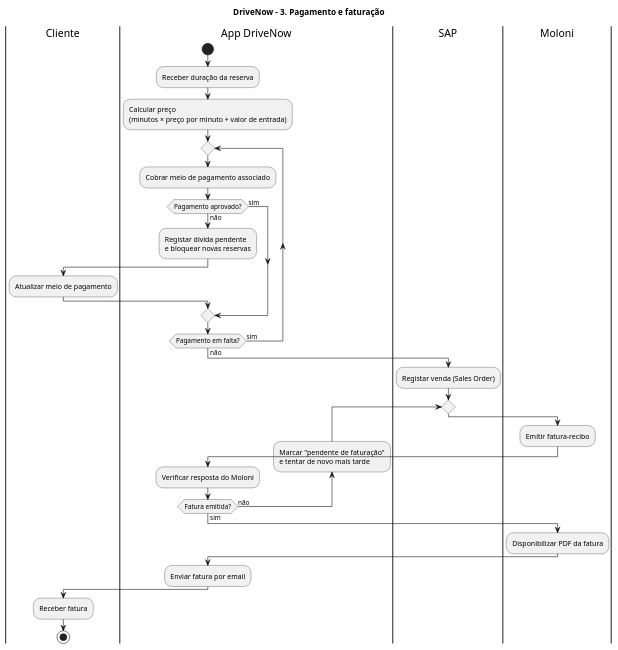
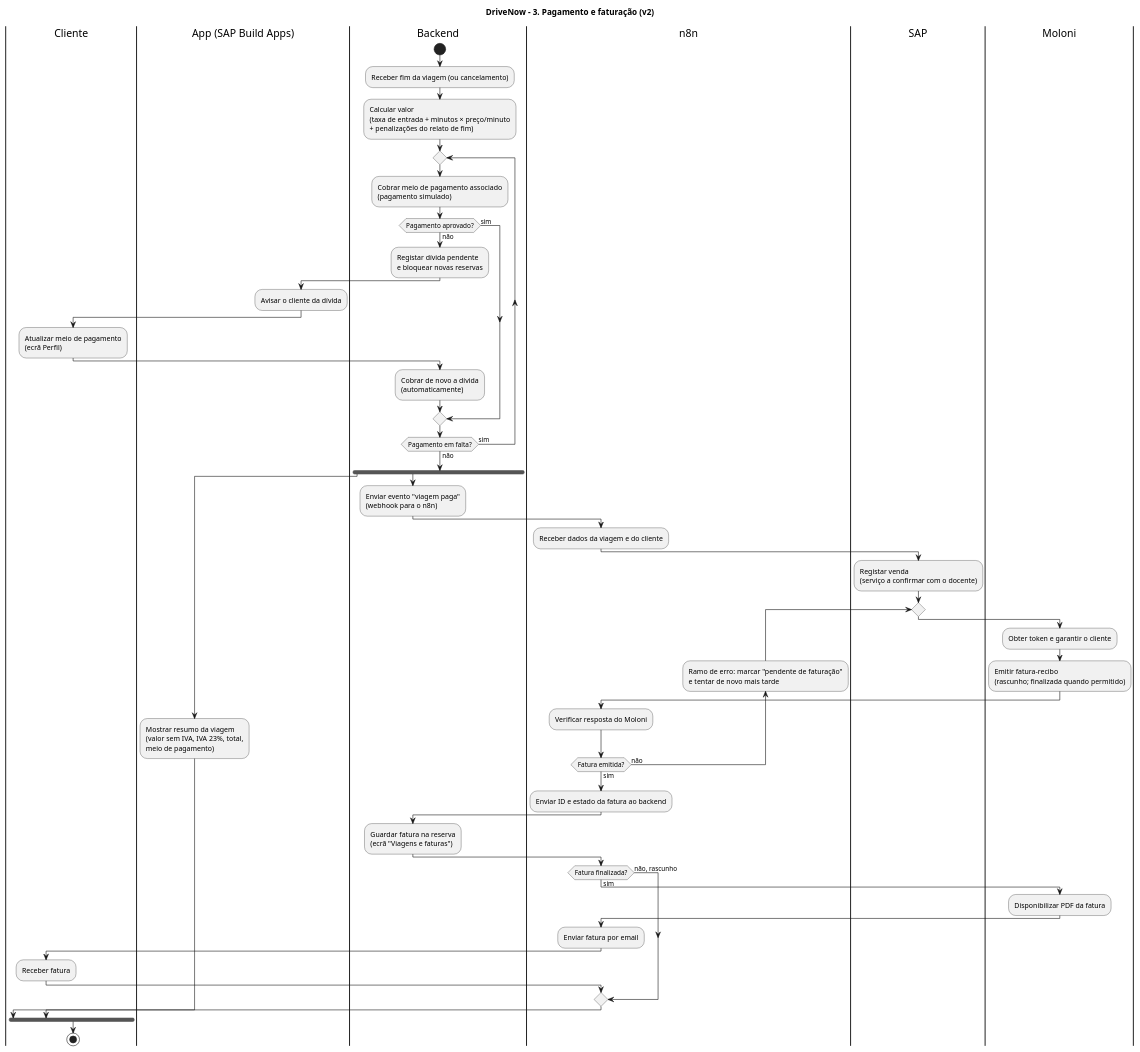
One commit to MATPERDU94/DriveNow changed the diagram in doc/Diagramas/3-processo_pagamento_faturação.puml. Above: the diagram before and after it, drawn with PlantUML. The commit also changed 42 other files, not shown here.

Commit message:
Atualização geral: diagramas v2, coleção Postman, perguntas ao docente, backend e dados

```diff
--- a/doc/Diagramas/3-processo_pagamento_faturação.puml
+++ b/doc/Diagramas/3-processo_pagamento_faturação.puml
@@ -1,47 +1,72 @@
 @startuml 3 - Pagamento e Faturação
-title DriveNow - 3. Pagamento e faturação
+title DriveNow - 3. Pagamento e faturação (v2)
 
 |Cliente|
-|App DriveNow|
+|App (SAP Build Apps)|
+|Backend|
+|n8n|
 |SAP|
 |Moloni|
 
-|App DriveNow|
+|Backend|
 start
-:Receber duração da reserva;
-:Calcular preço\n(minutos × preço por minuto + valor de entrada);
+:Receber fim da viagem (ou cancelamento);
+:Calcular valor\n(taxa de entrada + minutos × preço/minuto\n+ penalizações do relato de fim);
 
 repeat
-  |App DriveNow|
-  :Cobrar meio de pagamento associado;
+  |Backend|
+  :Cobrar meio de pagamento associado\n(pagamento simulado);
   if (Pagamento aprovado?) then (sim)
   else (não)
     :Registar dívida pendente\ne bloquear novas reservas;
+    |App (SAP Build Apps)|
+    :Avisar o cliente da dívida;
     |Cliente|
-    :Atualizar meio de pagamento;
+    :Atualizar meio de pagamento\n(ecrã Perfil);
+    |Backend|
+    :Cobrar de novo a dívida\n(automaticamente);
   endif
-  |App DriveNow|
 repeat while (Pagamento em falta?) is (sim) not (não)
 
-|SAP|
-:Registar venda (Sales Order);
+fork
+  |App (SAP Build Apps)|
+  :Mostrar resumo da viagem\n(valor sem IVA, IVA 23%, total,\nmeio de pagamento);
+fork again
+  |Backend|
+  :Enviar evento "viagem paga"\n(webhook para o n8n);
 
-repeat
-  |Moloni|
-  :Emitir fatura-recibo;
-  |App DriveNow|
-  :Verificar resposta do Moloni;
-  backward:Marcar "pendente de faturação"\ne tentar de novo mais tarde;
-repeat while (Fatura emitida?) is (não) not (sim)
+  |n8n|
+  :Receber dados da viagem e do cliente;
 
-|Moloni|
-:Disponibilizar PDF da fatura;
+  |SAP|
+  :Registar venda\n(serviço a confirmar com o docente);
 
-|App DriveNow|
-:Enviar fatura por email;
+  repeat
+    |Moloni|
+    :Obter token e garantir o cliente;
+    :Emitir fatura-recibo\n(rascunho; finalizada quando permitido);
+    |n8n|
+    :Verificar resposta do Moloni;
+    backward:Ramo de erro: marcar "pendente de faturação"\ne tentar de novo mais tarde;
+  repeat while (Fatura emitida?) is (não) not (sim)
 
-|Cliente|
-:Receber fatura;
+  |n8n|
+  :Enviar ID e estado da fatura ao backend;
+  |Backend|
+  :Guardar fatura na reserva\n(ecrã "Viagens e faturas");
+
+  |n8n|
+  if (Fatura finalizada?) then (sim)
+    |Moloni|
+    :Disponibilizar PDF da fatura;
+    |n8n|
+    :Enviar fatura por email;
+    |Cliente|
+    :Receber fatura;
+  else (não, rascunho)
+  endif
+end fork
+
 stop
 
 @enduml
```
